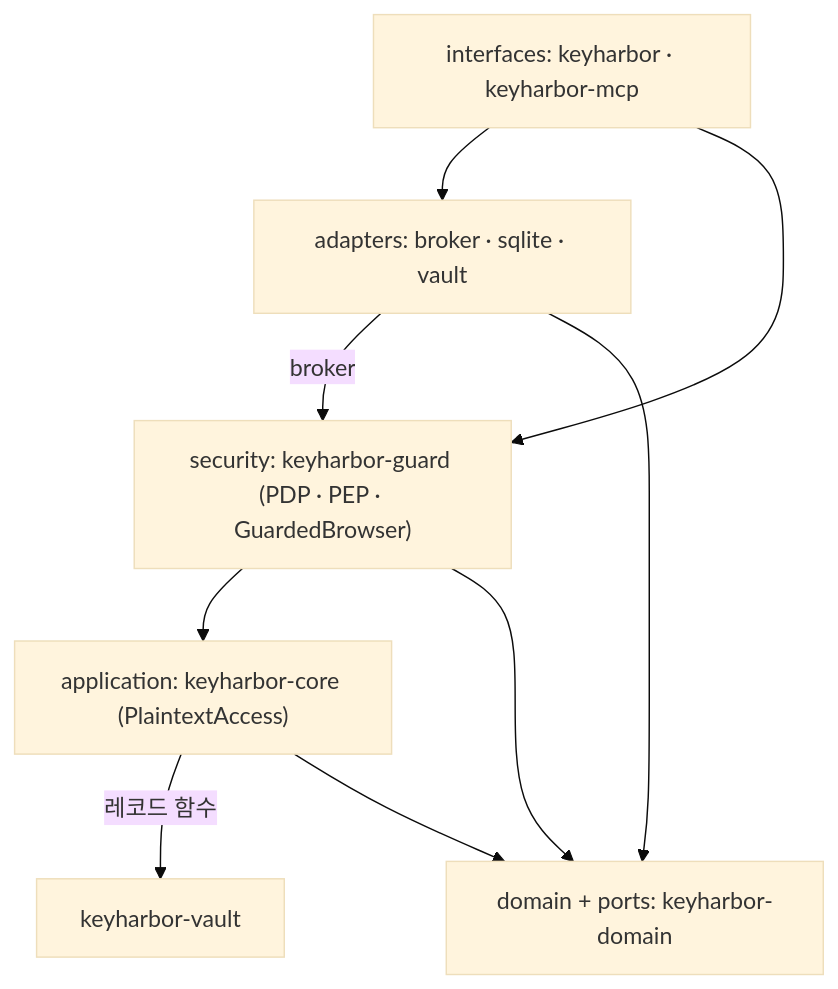
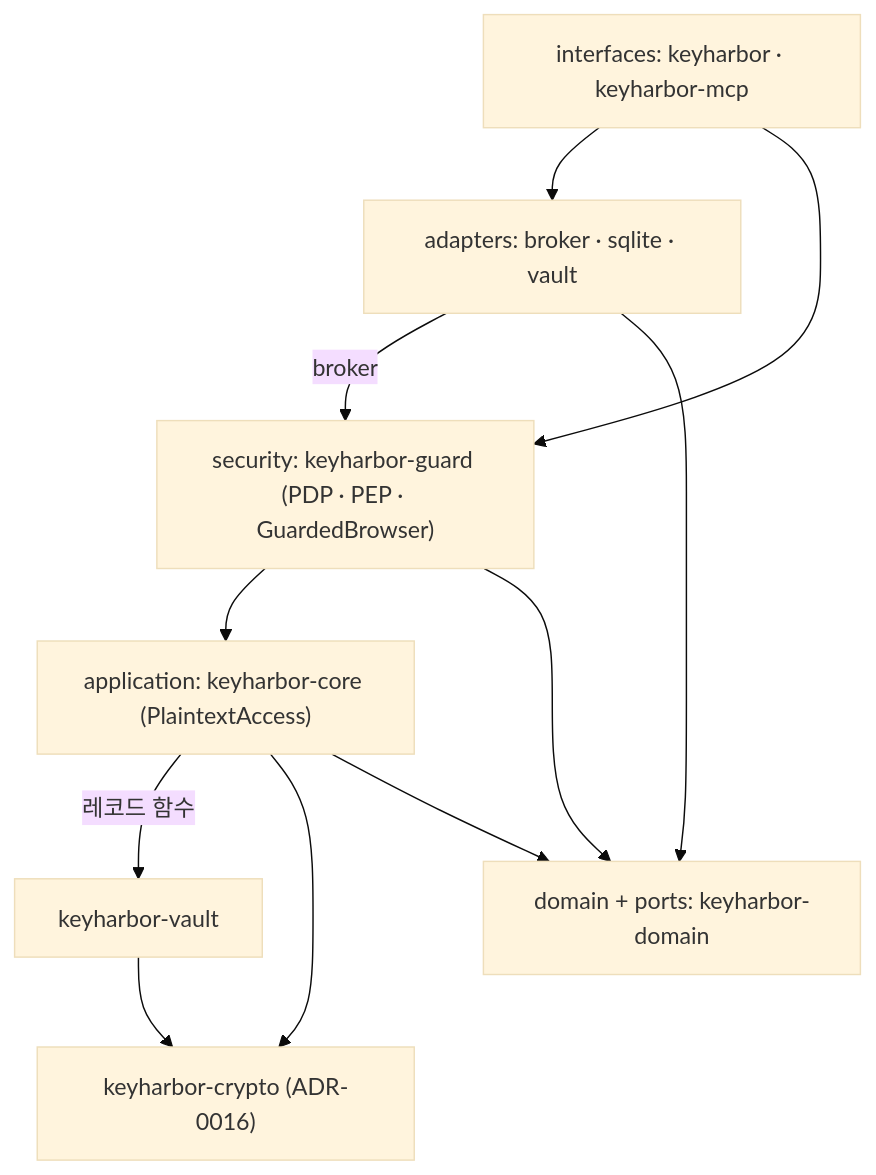
One commit to LeeSwallow/KeyHarbor changed the first of 2 diagrams in docs/design/adr/0014-hexagonal-guard-layer.md. Above: the diagram before and after it, drawn with Mermaid (base theme). The commit also changed other lines of this file and 135 other files, not shown here.

````diff
--- a/docs/design/adr/0014-hexagonal-guard-layer.md
+++ b/docs/design/adr/0014-hexagonal-guard-layer.md
@@ -24,9 +24,10 @@
 ```mermaid
 flowchart TB
   I["interfaces: keyharbor · keyharbor-mcp"] --> A["adapters: broker · sqlite · vault"]
   I --> G["security: keyharbor-guard (PDP · PEP · GuardedBrowser)"]
   A -->|"broker"| G
   G --> C["application: keyharbor-core (PlaintextAccess)"]
   C -->|"레코드 함수"| V["keyharbor-vault"]
+  V & C --> X["keyharbor-crypto (ADR-0016)"]
   A & G & C --> D["domain + ports: keyharbor-domain"]
 ```
````
